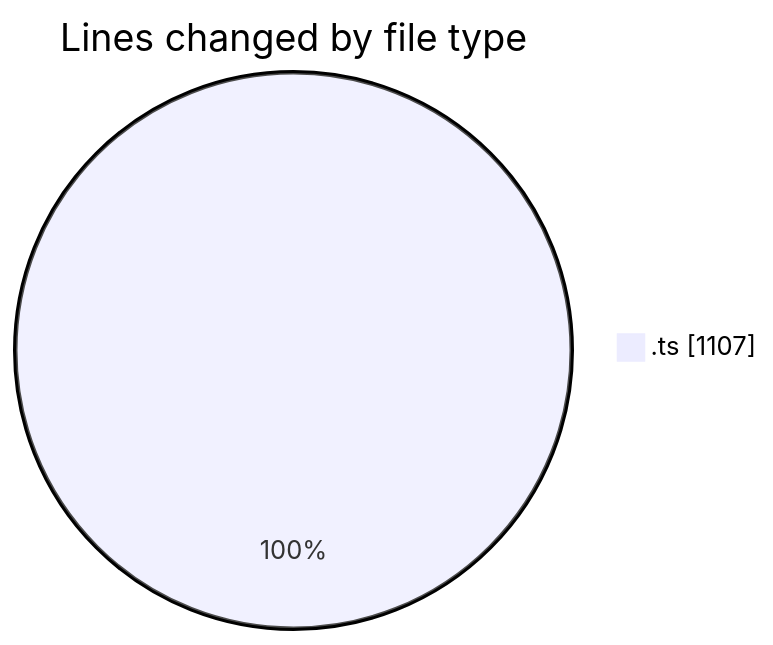
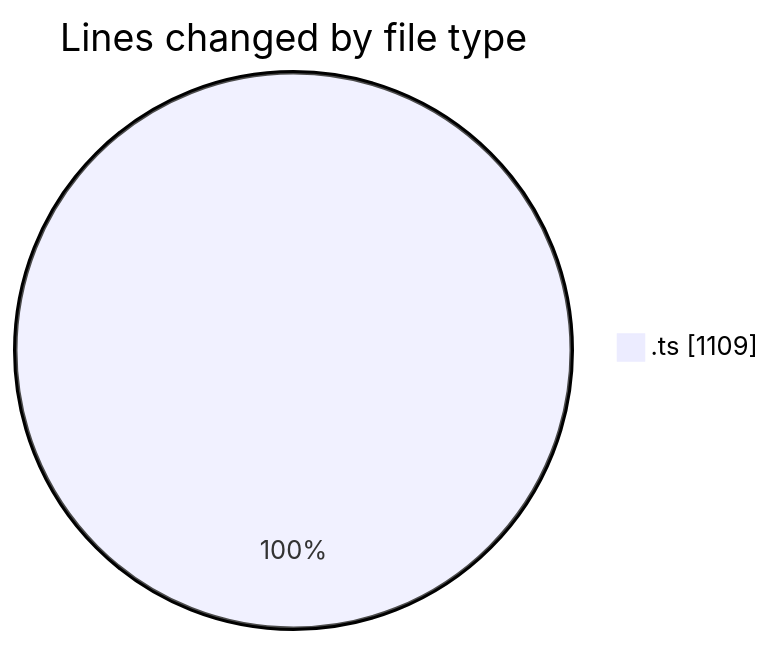
Before and after one commit to momahboobian/code-tracking: the first of 2 diagrams in 2025-12-16/cda/README.md, drawn with Mermaid. The commit also changed other lines of this file and 1 other file, not shown here.

````diff
--- a/2025-12-16/cda/README.md
+++ b/2025-12-16/cda/README.md
@@ -20,5 +20,5 @@
 ```mermaid
 pie showData
 title Lines changed by file type
-".ts" : 1107
+".ts" : 1109
 ```
````
